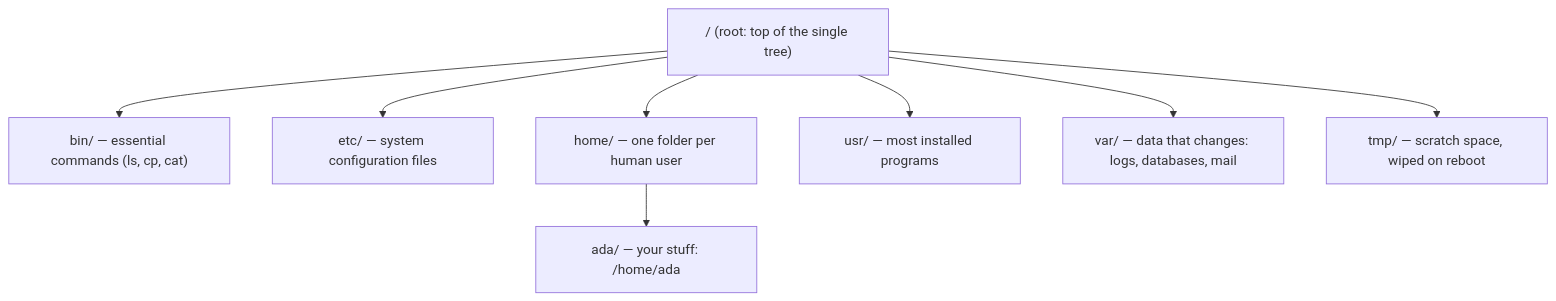
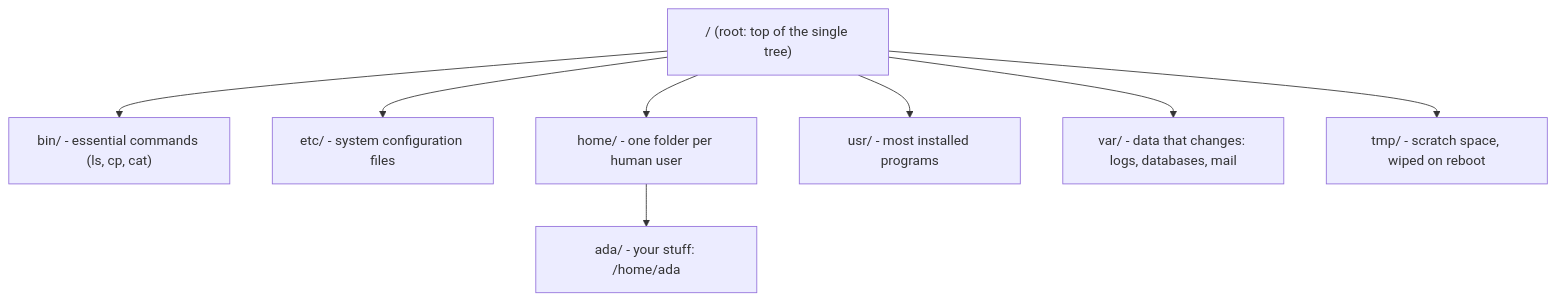
One commit to Topurrra/themissingmanual changed the diagram in guides/operating-systems/linux-from-zero/02-getting-around.md. Above: the diagram before and after it, drawn with Mermaid. The commit also changed other lines of this file and 1072 other files, not shown here.

````diff
--- a/guides/operating-systems/linux-from-zero/02-getting-around.md
+++ b/guides/operating-systems/linux-from-zero/02-getting-around.md
@@ -38,10 +38,10 @@
 ```mermaid
 flowchart TD
-  root["/ (root: top of the single tree)"] --> bin["bin/ — essential commands (ls, cp, cat)"]
-  root --> etc["etc/ — system configuration files"]
-  root --> home["home/ — one folder per human user"]
-  root --> usr["usr/ — most installed programs"]
-  root --> var["var/ — data that changes: logs, databases, mail"]
-  root --> tmp["tmp/ — scratch space, wiped on reboot"]
-  home --> ada["ada/ — your stuff: /home/ada"]
+  root["/ (root: top of the single tree)"] --> bin["bin/ - essential commands (ls, cp, cat)"]
+  root --> etc["etc/ - system configuration files"]
+  root --> home["home/ - one folder per human user"]
+  root --> usr["usr/ - most installed programs"]
+  root --> var["var/ - data that changes: logs, databases, mail"]
+  root --> tmp["tmp/ - scratch space, wiped on reboot"]
+  home --> ada["ada/ - your stuff: /home/ada"]
 ```
````
